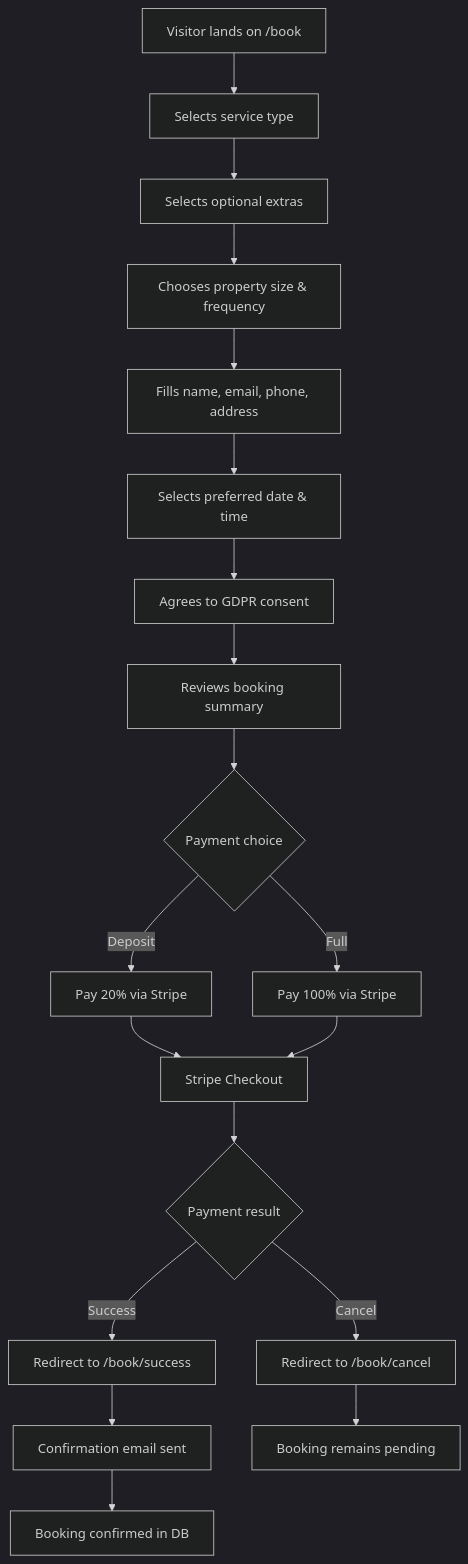
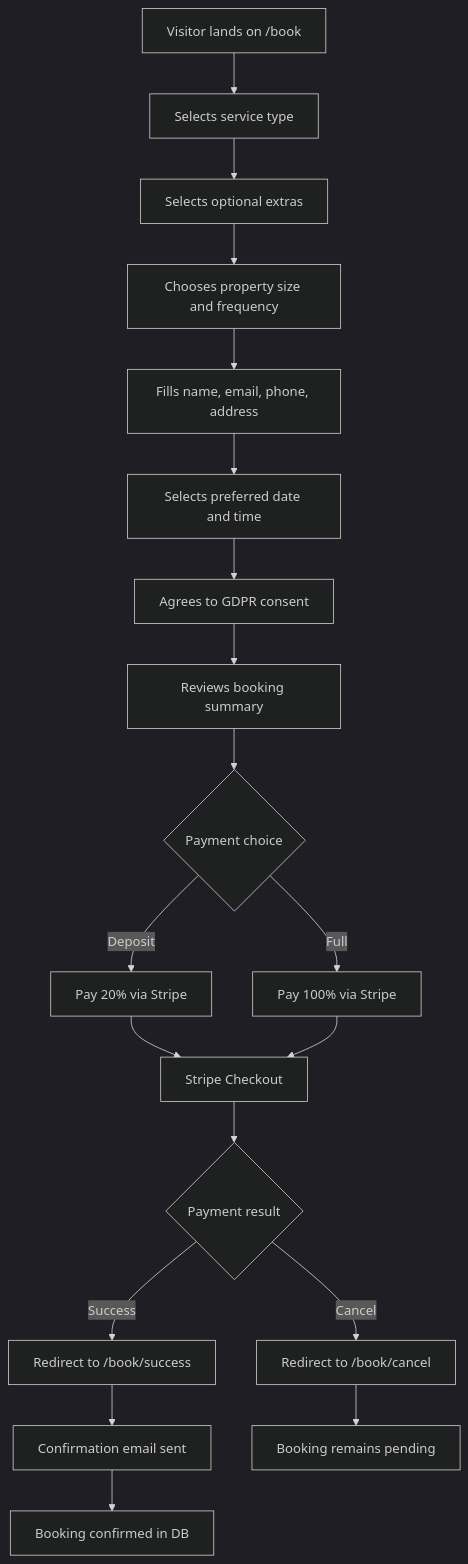
Before and after one commit to anyatechserv/puremaids: the eighth of 17 diagrams in README.md, drawn with Mermaid (dark theme). The commit also changed other lines of this file and 63 other files, not shown here.

````diff
--- a/README.md
+++ b/README.md
@@ -877,21 +772,21 @@
 ```mermaid
 flowchart TD
     A[Visitor lands on /book] --> B[Selects service type]
     B --> C[Selects optional extras]
-    C --> D[Chooses property size & frequency]
+    C --> D[Chooses property size and frequency]
     D --> E[Fills name, email, phone, address]
-    E --> F[Selects preferred date & time]
+    E --> F[Selects preferred date and time]
     F --> G[Agrees to GDPR consent]
     G --> H[Reviews booking summary]
     H --> I{Payment choice}
     I -->|Deposit| J[Pay 20% via Stripe]
     I -->|Full| K[Pay 100% via Stripe]
     J --> L[Stripe Checkout]
     K --> L
     L --> M{Payment result}
     M -->|Success| N[Redirect to /book/success]
     M -->|Cancel| O[Redirect to /book/cancel]
     N --> P[Confirmation email sent]
     P --> Q[Booking confirmed in DB]
     O --> R[Booking remains pending]
 ```
````
